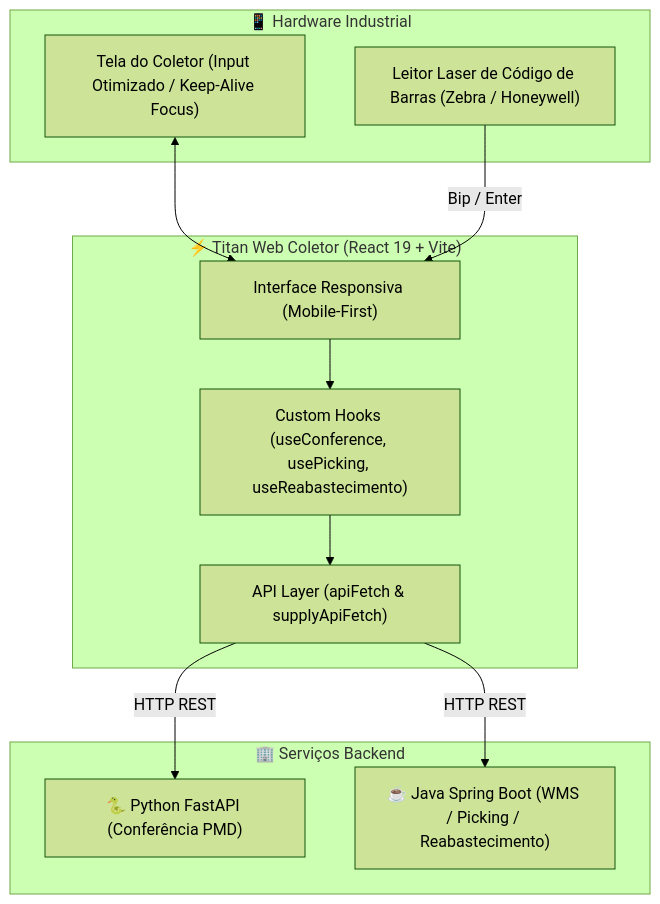
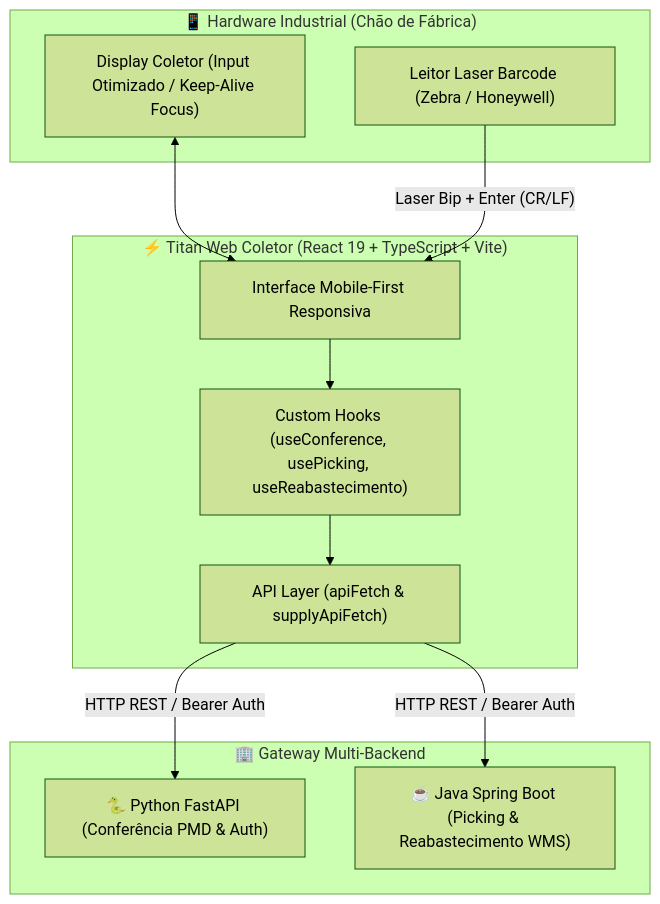
The diagram in README.md (MarcusVHO/Titan-Web-Coletor), drawn with Mermaid (forest theme) before and after one commit. The commit also changed other lines of this file, not shown here.

Commit message:
docs: update README documentation to reflect technical enhancements and architectural improvements

````diff
--- a/README.md
+++ b/README.md
@@ -47,26 +64,26 @@
 ```mermaid
 flowchart TD
-    subgraph Hardware ["📱 Hardware Industrial"]
-        Scanner["Leitor Laser de Código de Barras (Zebra / Honeywell)"]
-        CollectorScreen["Tela do Coletor (Input Otimizado / Keep-Alive Focus)"]
+    subgraph Hardware ["📱 Hardware Industrial (Chão de Fábrica)"]
+        Scanner["Leitor Laser Barcode (Zebra / Honeywell)"]
+        CollectorScreen["Display Coletor (Input Otimizado / Keep-Alive Focus)"]
     end
 
-    subgraph Frontend ["⚡ Titan Web Coletor (React 19 + Vite)"]
-        UI["Interface Responsiva (Mobile-First)"]
+    subgraph Frontend ["⚡ Titan Web Coletor (React 19 + TypeScript + Vite)"]
+        UI["Interface Mobile-First Responsiva"]
         State["Custom Hooks (useConference, usePicking, useReabastecimento)"]
         Services["API Layer (apiFetch & supplyApiFetch)"]
         
         CollectorScreen <--> UI
-        Scanner -- "Bip / Enter" --> UI
+        Scanner -- "Laser Bip + Enter (CR/LF)" --> UI
         UI --> State
         State --> Services
     end
 
-    subgraph Backends ["🏢 Serviços Backend"]
-        FastAPI["🐍 Python FastAPI (Conferência PMD)"]
-        SpringBoot["☕ Java Spring Boot (WMS / Picking / Reabastecimento)"]
+    subgraph Backends ["🏢 Gateway Multi-Backend"]
+        FastAPI["🐍 Python FastAPI (Conferência PMD & Auth)"]
+        SpringBoot["☕ Java Spring Boot (Picking & Reabastecimento WMS)"]
     end
 
-    Services -- "HTTP REST" --> FastAPI
-    Services -- "HTTP REST" --> SpringBoot
+    Services -- "HTTP REST / Bearer Auth" --> FastAPI
+    Services -- "HTTP REST / Bearer Auth" --> SpringBoot
 ```
````
